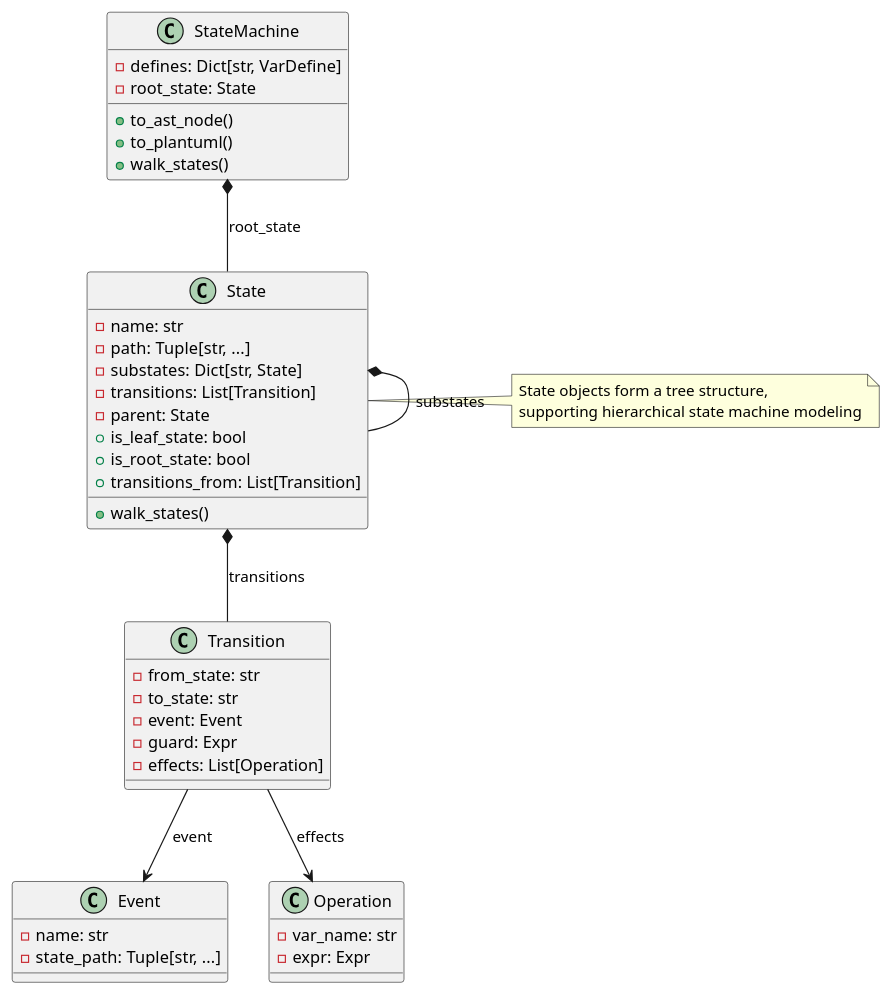
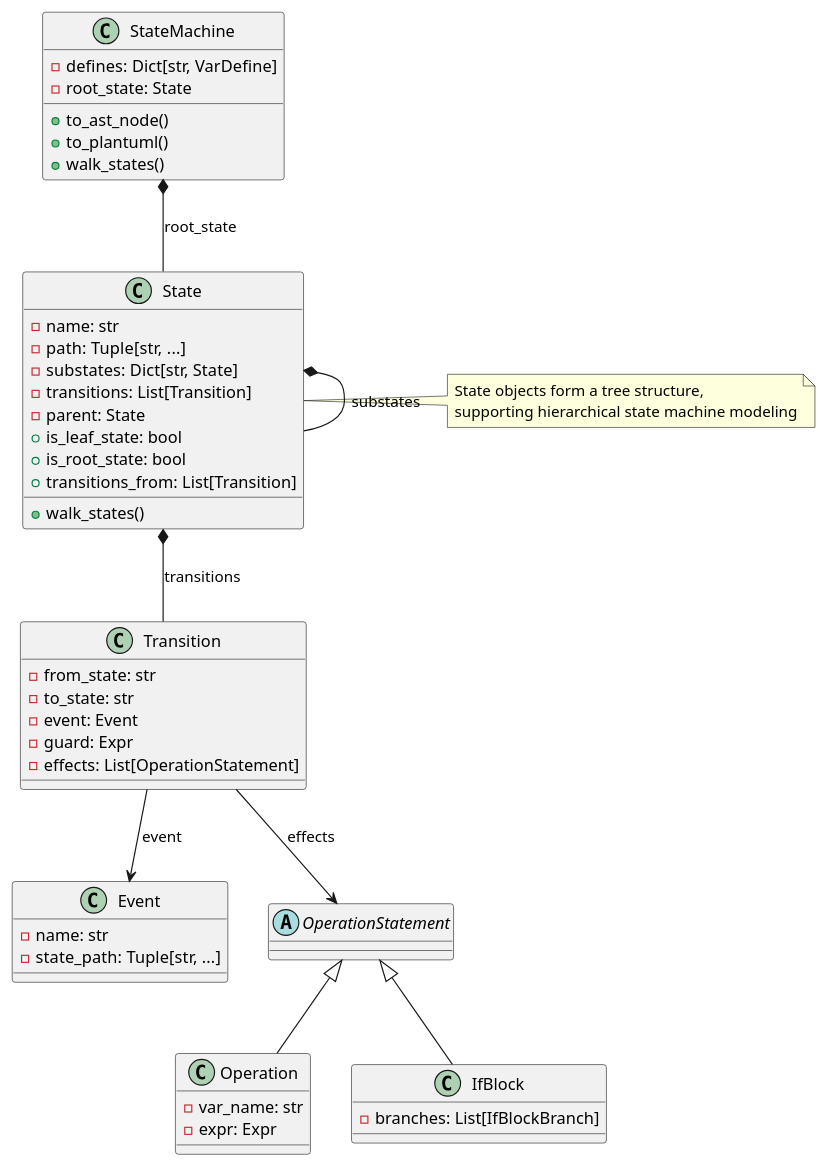
One commit to HansBug/pyfcstm changed the diagram in docs/source/tutorials/render/model.puml. Above: the diagram before and after it, drawn with PlantUML. The commit also changed 5 other files, not shown here.

```diff
--- a/docs/source/tutorials/render/model.puml
+++ b/docs/source/tutorials/render/model.puml
@@ -1,51 +1,59 @@
 @startuml
 class StateMachine {
   - defines: Dict[str, VarDefine]
   - root_state: State
   + to_ast_node()
   + to_plantuml()
   + walk_states()
 }
 
 class State {
   - name: str
   - path: Tuple[str, ...]
   - substates: Dict[str, State]
   - transitions: List[Transition]
   - parent: State
   + is_leaf_state: bool
   + is_root_state: bool
   + transitions_from: List[Transition]
   + walk_states()
 }
 
 class Transition {
   - from_state: str
   - to_state: str
   - event: Event
   - guard: Expr
-  - effects: List[Operation]
+  - effects: List[OperationStatement]
 }
 
 class Event {
   - name: str
   - state_path: Tuple[str, ...]
 }
 
+abstract class OperationStatement
+
 class Operation {
   - var_name: str
   - expr: Expr
+}
+
+class IfBlock {
+  - branches: List[IfBlockBranch]
 }
 
 StateMachine *-- State : root_state
 State *-- State : substates
 State *-- Transition : transitions
 Transition --> Event : event
-Transition --> Operation : effects
+Transition --> OperationStatement : effects
+OperationStatement <|-- Operation
+OperationStatement <|-- IfBlock
 
 note right of State
   State objects form a tree structure,
   supporting hierarchical state machine modeling
 end note
 
 @enduml
```
